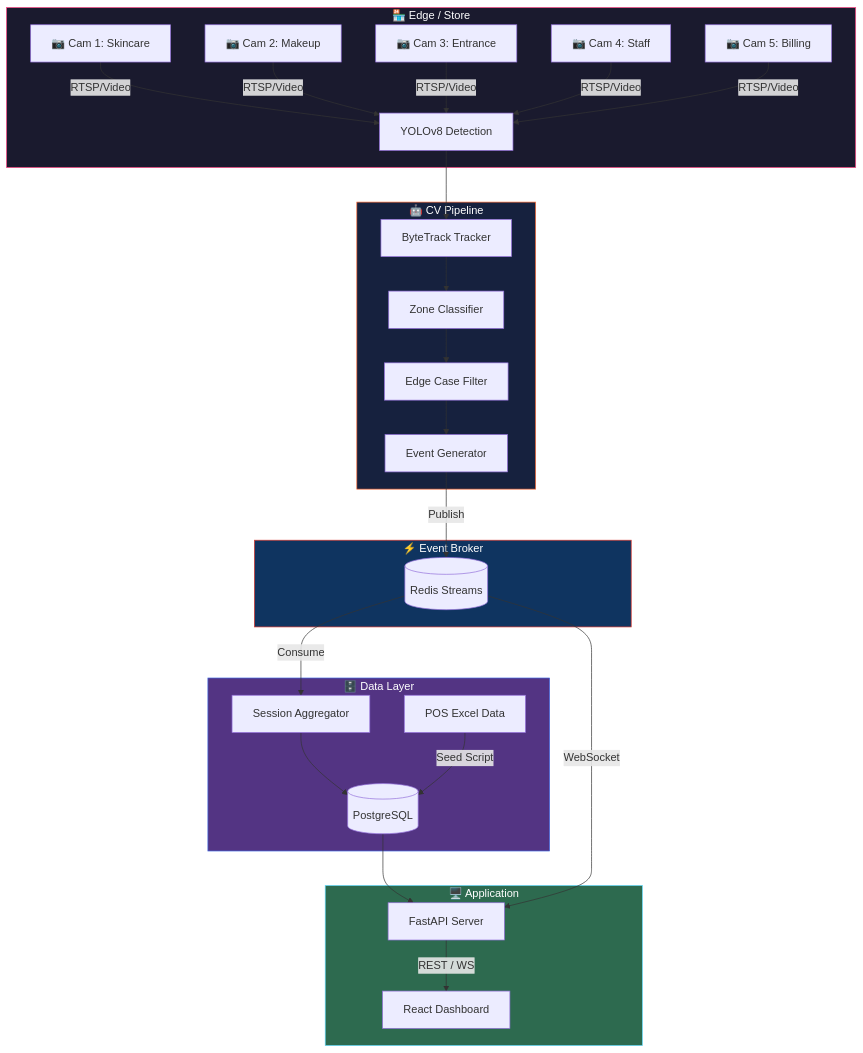
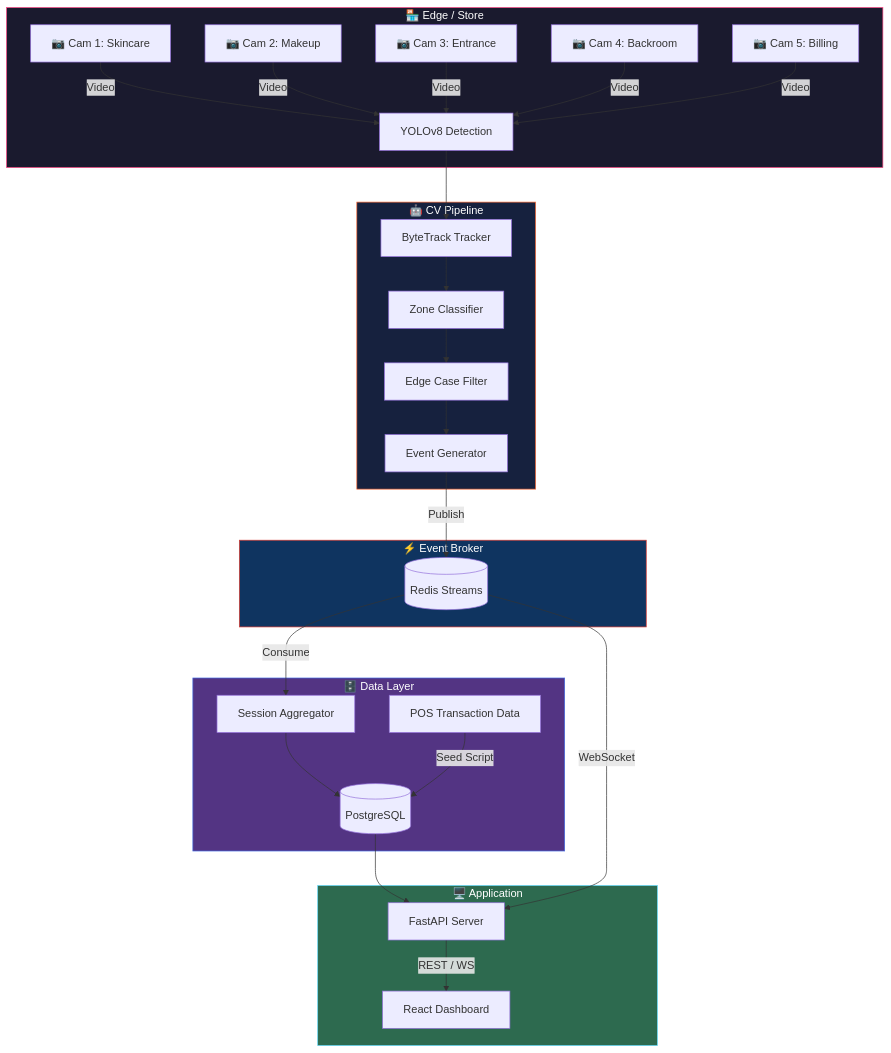
The diagram in README.md (DevChiniwala/purplle-store-intelligence), drawn with Mermaid before and after one commit. The commit also changed other lines of this file, not shown here.

````diff
--- a/README.md
+++ b/README.md
@@ -65,39 +65,39 @@
 ```mermaid
 graph TD
     subgraph Edge["🏪 Edge / Store"]
-        CAM1[📷 Cam 1: Skincare] -->|RTSP/Video| YOLO
-        CAM2[📷 Cam 2: Makeup] -->|RTSP/Video| YOLO
-        CAM3[📷 Cam 3: Entrance] -->|RTSP/Video| YOLO
-        CAM4[📷 Cam 4: Staff] -->|RTSP/Video| YOLO
-        CAM5[📷 Cam 5: Billing] -->|RTSP/Video| YOLO
+        CAM1[📷 Cam 1: Skincare] -->|Video| YOLO
+        CAM2[📷 Cam 2: Makeup] -->|Video| YOLO
+        CAM3[📷 Cam 3: Entrance] -->|Video| YOLO
+        CAM4[📷 Cam 4: Backroom] -->|Video| YOLO
+        CAM5[📷 Cam 5: Billing] -->|Video| YOLO
     end
 
     subgraph CV["🤖 CV Pipeline"]
         YOLO[YOLOv8 Detection] --> BT[ByteTrack Tracker]
         BT --> ZC[Zone Classifier]
         ZC --> EC[Edge Case Filter]
         EC --> EG[Event Generator]
     end
 
     subgraph Broker["⚡ Event Broker"]
         EG -->|Publish| Redis[(Redis Streams)]
     end
 
     subgraph Data["🗄️ Data Layer"]
         Redis -->|Consume| AGG[Session Aggregator]
         AGG --> DB[(PostgreSQL)]
-        POS[POS Excel Data] -->|Seed Script| DB
+        POS[POS Transaction Data] -->|Seed Script| DB
     end
 
     subgraph App["🖥️ Application"]
         DB --> API[FastAPI Server]
         Redis -->|WebSocket| API
         API -->|REST / WS| UI[React Dashboard]
     end
 
     style Edge fill:#1a1a2e,stroke:#FF4785,color:#fff
     style CV fill:#16213e,stroke:#FF6B35,color:#fff
     style Broker fill:#0f3460,stroke:#DC382D,color:#fff
     style Data fill:#533483,stroke:#4169E1,color:#fff
     style App fill:#2d6a4f,stroke:#61DAFB,color:#fff
 ```
````
